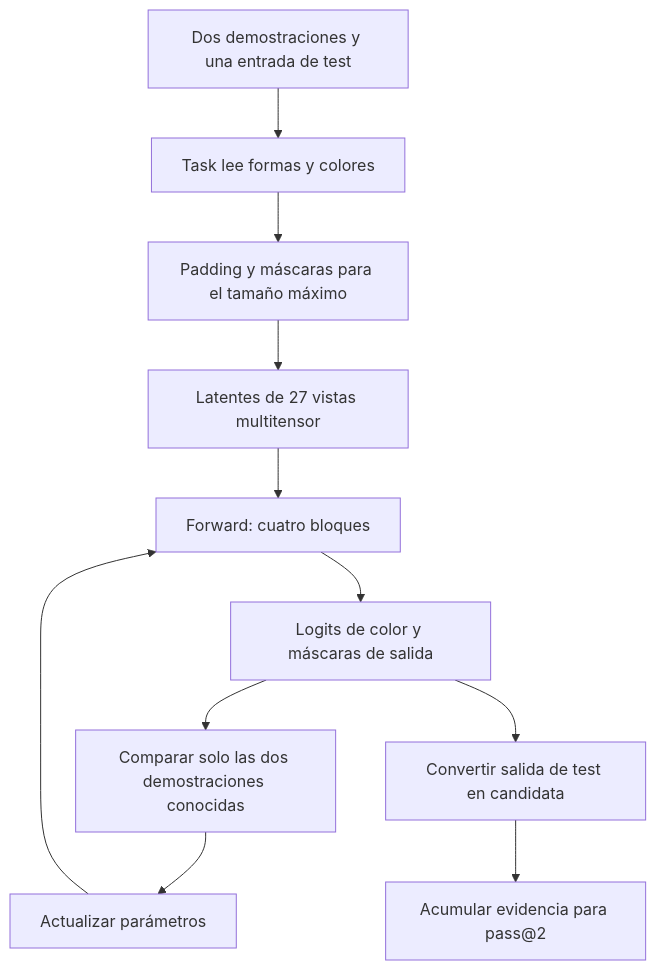
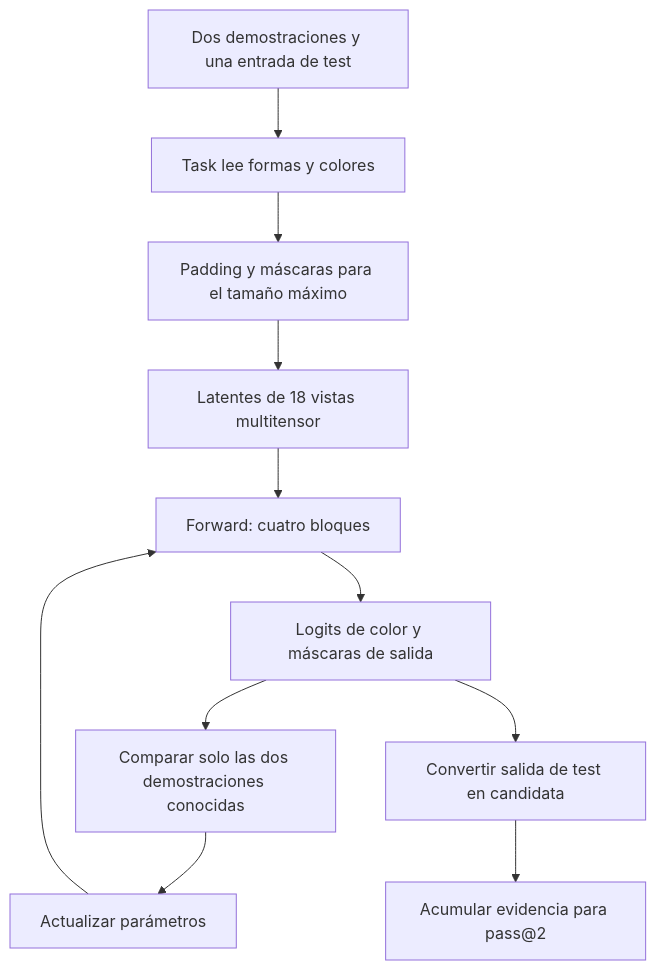
One commit to UNIR-TUC/arc-agi changed the seventh of 8 diagrams in src/SuperCompressARC/Docs/Architecture/COMPRESS_ARCHITECTURE_30_06.md. Above: the diagram before and after it, drawn with Mermaid. The commit also changed other lines of this file and 1 other file, not shown here.

````diff
--- a/src/SuperCompressARC/Docs/Architecture/COMPRESS_ARCHITECTURE_30_06.md
+++ b/src/SuperCompressARC/Docs/Architecture/COMPRESS_ARCHITECTURE_30_06.md
@@ -856,13 +1142,13 @@
 ```mermaid
 flowchart TD
   A[Dos demostraciones y una entrada de test] --> B[Task lee formas y colores]
   B --> C[Padding y máscaras para el tamaño máximo]
-  C --> D[Latentes de 27 vistas multitensor]
+  C --> D[Latentes de 18 vistas multitensor]
   D --> E[Forward: cuatro bloques]
   E --> F[Logits de color y máscaras de salida]
   F --> G[Comparar solo las dos demostraciones conocidas]
   G --> H[Actualizar parámetros]
   H --> E
   F --> I[Convertir salida de test en candidata]
   I --> J[Acumular evidencia para pass@2]
 ```
````
